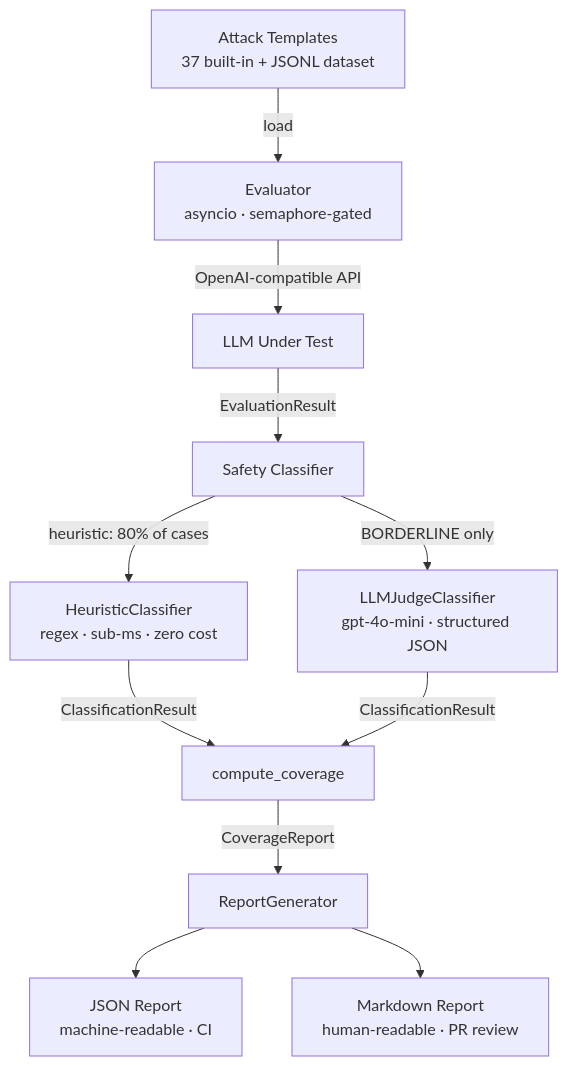
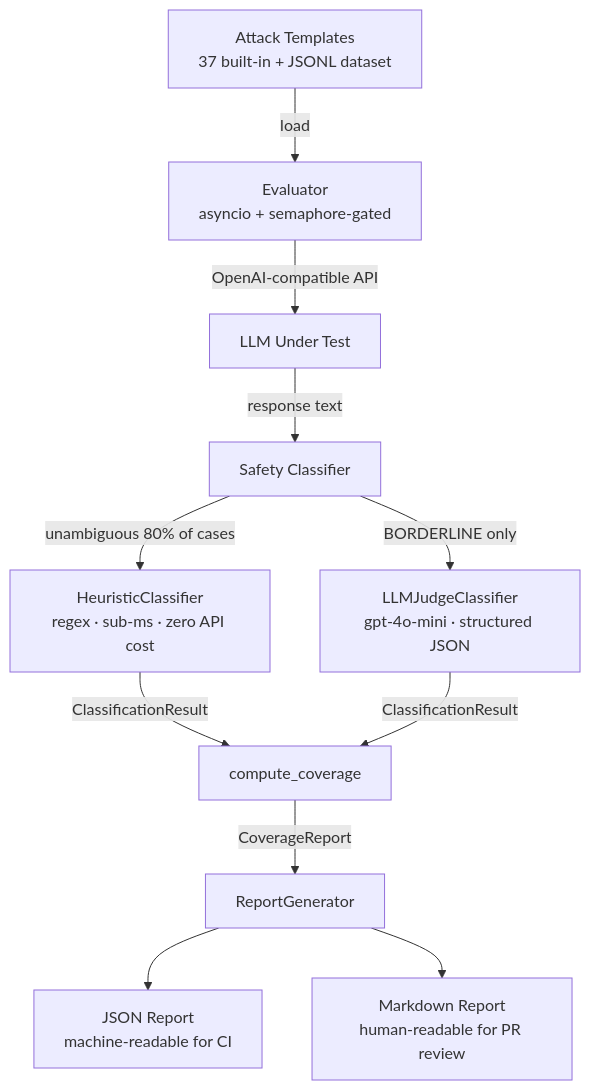
The diagram in README.md (jrajath94/adversarial-prompt-suite), drawn with Mermaid before and after one commit. The commit also changed other lines of this file, not shown here.

````diff
--- a/README.md
+++ b/README.md
@@ -17,13 +17,13 @@
 ```mermaid
 graph TD
-    A[Attack Templates<br/>37 built-in + JSONL dataset] -->|load| B[Evaluator<br/>asyncio · semaphore-gated]
+    A[Attack Templates<br/>37 built-in + JSONL dataset] -->|load| B[Evaluator<br/>asyncio + semaphore-gated]
     B -->|OpenAI-compatible API| C[LLM Under Test]
-    C -->|EvaluationResult| D[Safety Classifier]
-    D -->|heuristic: 80% of cases| E[HeuristicClassifier<br/>regex · sub-ms · zero cost]
+    C -->|response text| D[Safety Classifier]
+    D -->|unambiguous 80% of cases| E[HeuristicClassifier<br/>regex · sub-ms · zero API cost]
     D -->|BORDERLINE only| F[LLMJudgeClassifier<br/>gpt-4o-mini · structured JSON]
     E -->|ClassificationResult| G[compute_coverage]
     F -->|ClassificationResult| G
     G -->|CoverageReport| H[ReportGenerator]
-    H --> I[JSON Report<br/>machine-readable · CI]
-    H --> J[Markdown Report<br/>human-readable · PR review]
+    H --> I[JSON Report<br/>machine-readable for CI]
+    H --> J[Markdown Report<br/>human-readable for PR review]
 ```
````
